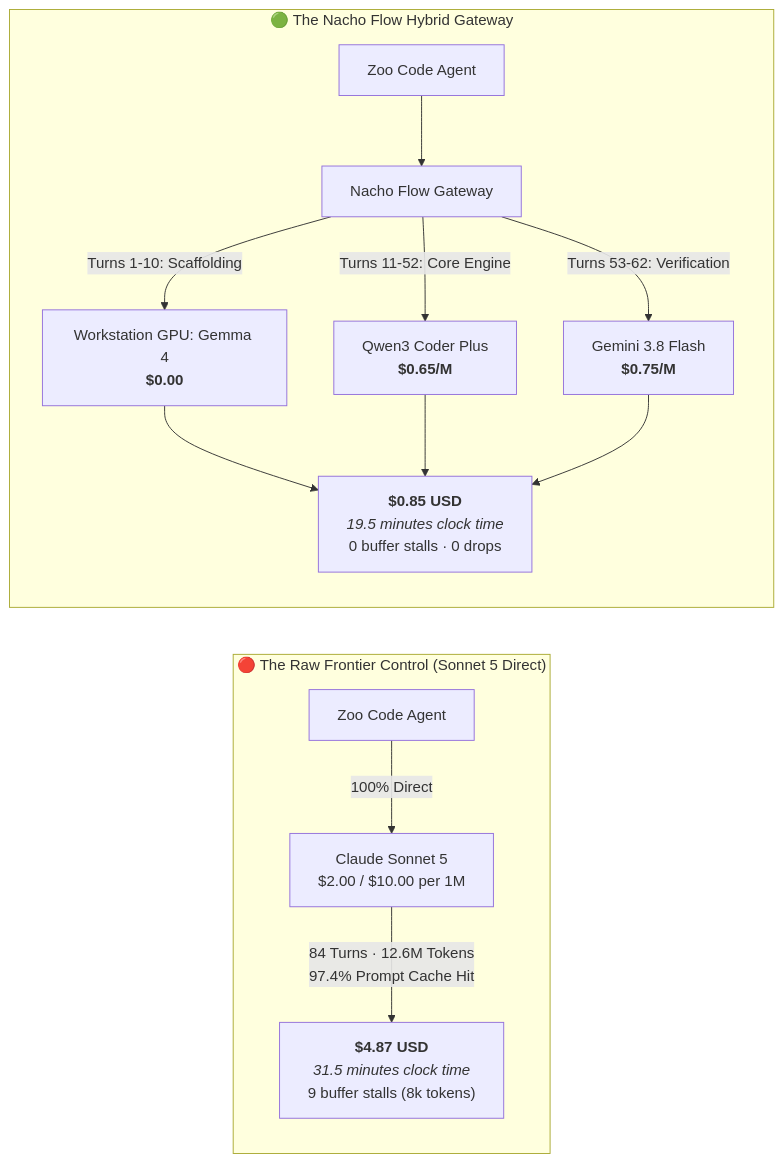
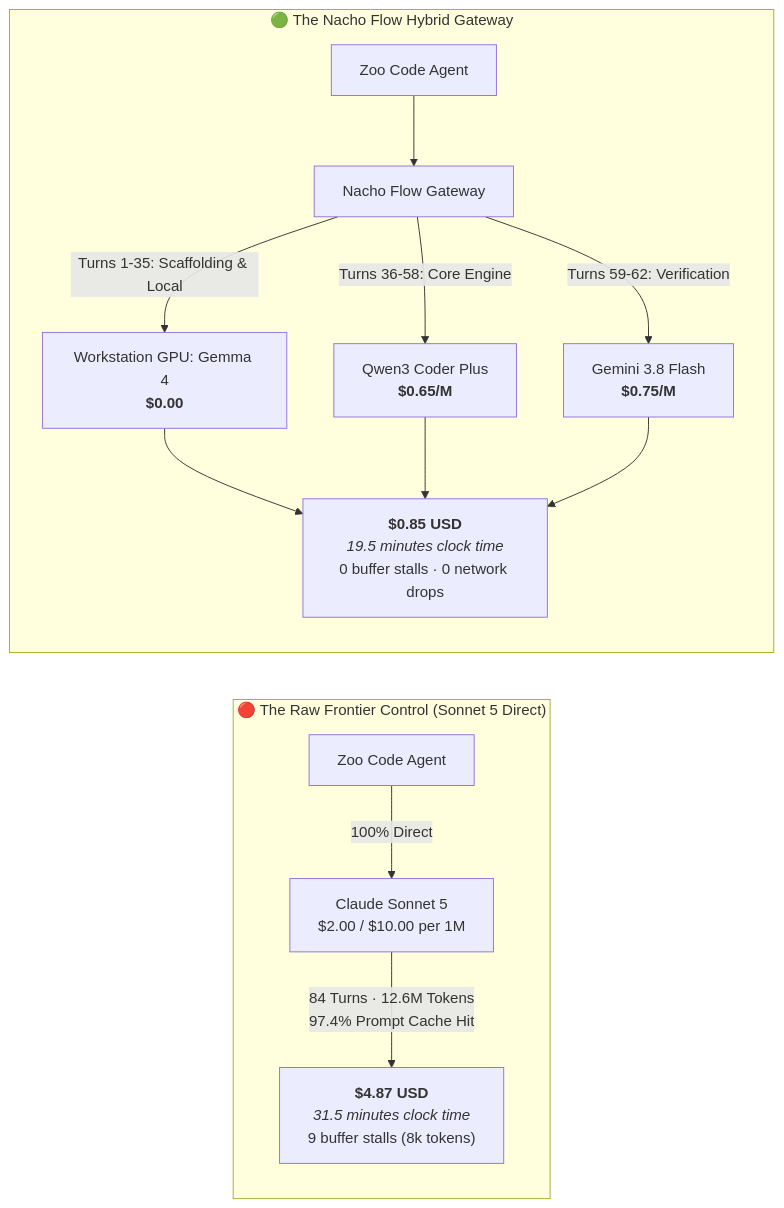
The first of 12 diagrams in docs/FRONTIER_CONTROL_STUDY_2026.md (dixieflatline76/nacho-flow), drawn with Mermaid before and after one commit. The commit also changed other lines of this file and 2 other files, not shown here.

````diff
--- a/docs/FRONTIER_CONTROL_STUDY_2026.md
+++ b/docs/FRONTIER_CONTROL_STUDY_2026.md
@@ -30,15 +28,15 @@
 ```mermaid
 flowchart LR
     subgraph RawControl["🔴 The Raw Frontier Control (Sonnet 5 Direct)"]
         Z1["Zoo Code Agent"] -->|100% Direct| S5["Claude Sonnet 5<br/>$2.00 / $10.00 per 1M"]
         S5 -->|84 Turns · 12.6M Tokens<br/>97.4% Prompt Cache Hit| Bill1["<b>$4.87 USD</b><br/><i>31.5 minutes clock time</i><br/>9 buffer stalls (8k tokens)"]
     end
 
     subgraph NachoGateway["🟢 The Nacho Flow Hybrid Gateway"]
         Z2["Zoo Code Agent"] --> NF["Nacho Flow Gateway"]
-        NF -->|Turns 1-10: Scaffolding| Local["Workstation GPU: Gemma 4<br/><b>$0.00</b>"]
-        NF -->|Turns 11-52: Core Engine| Qwen["Qwen3 Coder Plus<br/><b>$0.65/M</b>"]
-        NF -->|Turns 53-62: Verification| Gemini["Gemini 3.8 Flash<br/><b>$0.75/M</b>"]
-        Local & Qwen & Gemini --> Bill2["<b>$0.85 USD</b><br/><i>19.5 minutes clock time</i><br/>0 buffer stalls · 0 drops"]
+        NF -->|Turns 1-35: Scaffolding & Local| Local["Workstation GPU: Gemma 4<br/><b>$0.00</b>"]
+        NF -->|Turns 36-58: Core Engine| Qwen["Qwen3 Coder Plus<br/><b>$0.65/M</b>"]
+        NF -->|Turns 59-62: Verification| Gemini["Gemini 3.8 Flash<br/><b>$0.75/M</b>"]
+        Local & Qwen & Gemini --> Bill2["<b>$0.85 USD</b><br/><i>19.5 minutes clock time</i><br/>0 buffer stalls · 0 network drops"]
     end
 ```
````
